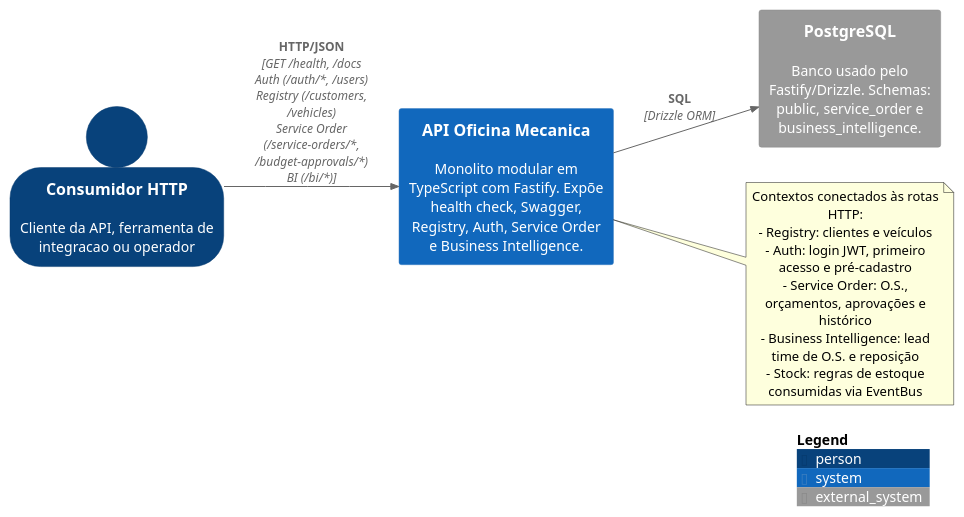
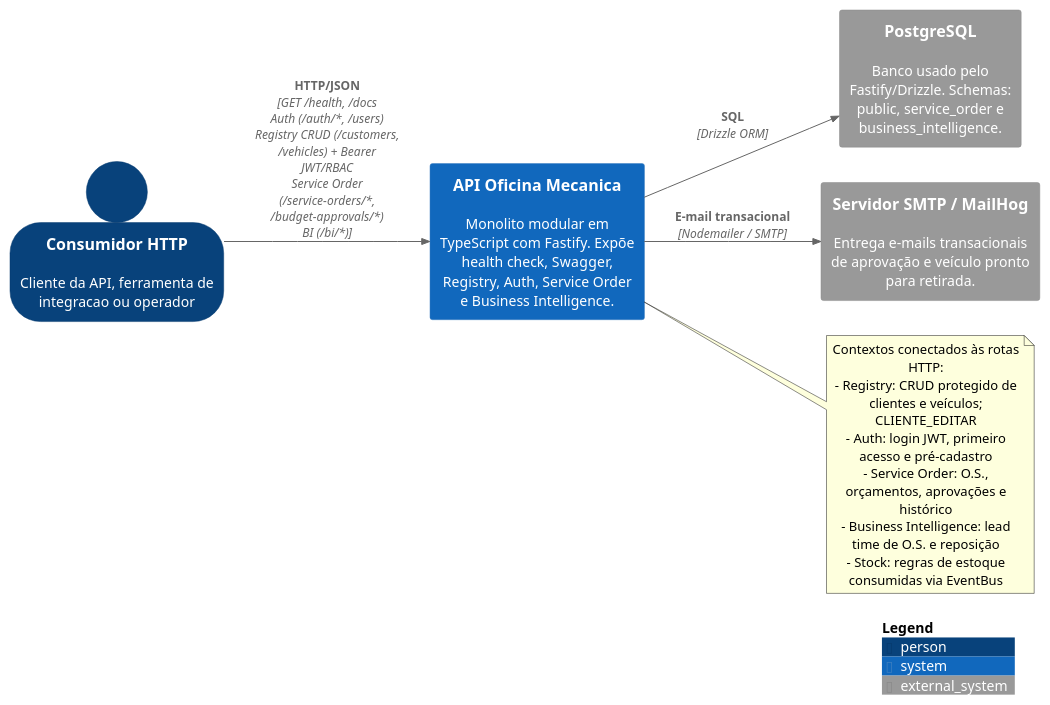
One commit to 15soat-fiap-45/api.mecanica changed the diagram in docs/plantuml/c4-context.puml. Above: the diagram before and after it, drawn with PlantUML. The commit also changed 13 other files, not shown here.

First line of the commit message:
docs(architecture): align diagrams and setup docs with current API

```diff
--- a/docs/plantuml/c4-context.puml
+++ b/docs/plantuml/c4-context.puml
@@ -1,23 +1,25 @@
 @startuml C4 Context - API Oficina Mecanica
 !include https://raw.githubusercontent.com/plantuml-stdlib/C4-PlantUML/master/C4_Context.puml
 LAYOUT_LEFT_RIGHT()
 SHOW_PERSON_OUTLINE()
 
 Person(api_client, "Consumidor HTTP", "Cliente da API, ferramenta de integracao ou operador")
 System(api, "API Oficina Mecanica", "Monolito modular em TypeScript com Fastify. Expõe health check, Swagger, Registry, Auth, Service Order e Business Intelligence.")
 System_Ext(postgres, "PostgreSQL", "Banco usado pelo Fastify/Drizzle. Schemas: public, service_order e business_intelligence.")
+System_Ext(smtp, "Servidor SMTP / MailHog", "Entrega e-mails transacionais de aprovação e veículo pronto para retirada.")
 
-Rel(api_client, api, "HTTP/JSON", "GET /health, /docs\nAuth (/auth/*, /users)\nRegistry (/customers, /vehicles)\nService Order (/service-orders/*, /budget-approvals/*)\nBI (/bi/*)")
+Rel(api_client, api, "HTTP/JSON", "GET /health, /docs\nAuth (/auth/*, /users)\nRegistry CRUD (/customers, /vehicles) + Bearer JWT/RBAC\nService Order (/service-orders/*, /budget-approvals/*)\nBI (/bi/*)")
 Rel(api, postgres, "SQL", "Drizzle ORM")
+Rel(api, smtp, "E-mail transacional", "Nodemailer / SMTP")
 
 note right of api
     Contextos conectados às rotas HTTP:
-    - Registry: clientes e veículos
+    - Registry: CRUD protegido de clientes e veículos; CLIENTE_EDITAR
     - Auth: login JWT, primeiro acesso e pré-cadastro
     - Service Order: O.S., orçamentos, aprovações e histórico
     - Business Intelligence: lead time de O.S. e reposição
     - Stock: regras de estoque consumidas via EventBus
 end note
 
 SHOW_LEGEND()
 @enduml
```
